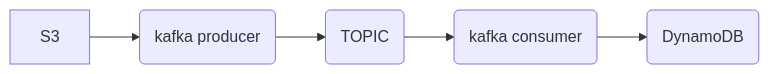
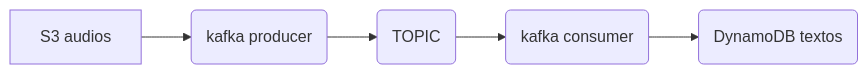
The diagram in README.md (alejandronotario/kafkaservice), drawn with Mermaid before and after one commit. The commit also changed other lines of this file, not shown here.

````diff
--- a/README.md
+++ b/README.md
@@ -52,7 +52,7 @@
 ```mermaid
 flowchart LR
-    A[S3] --> B(kafka producer)
+    A[S3 audios] --> B(kafka producer)
     B(kafka producer) --> C(TOPIC)
     C(TOPIC) --> D(kafka consumer)
-    D(kafka consumer) --> E(DynamoDB)
+    D(kafka consumer) --> E(DynamoDB textos)
 ```
````
